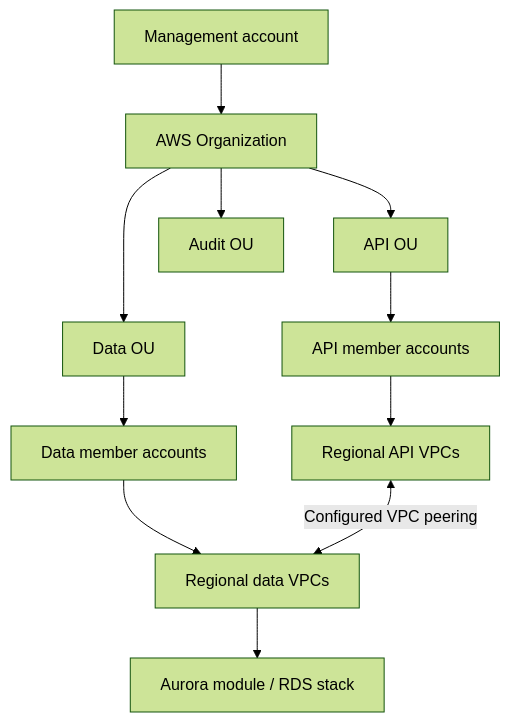
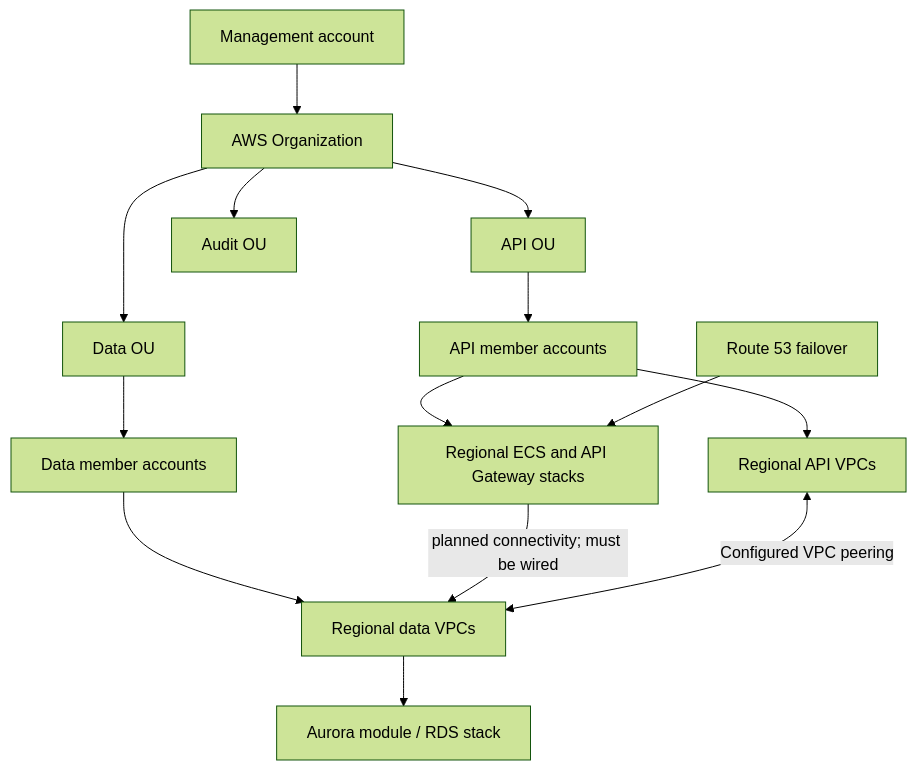
The first of 4 diagrams in aws/INFRASTRUCTURE.md (jalgraves/infrastructure-demo), drawn with Mermaid (forest theme) before and after one commit. The commit also changed other lines of this file and 19 other files, not shown here.

````diff
--- a/aws/INFRASTRUCTURE.md
+++ b/aws/INFRASTRUCTURE.md
@@ -15,18 +17,21 @@
 ```mermaid
 flowchart TD
   Management[Management account]
   Org[AWS Organization]
   API[API OU]
   Audit[Audit OU]
   Data[Data OU]
   Management --> Org
   Org --> API
   Org --> Audit
   Org --> Data
   API --> APIAccounts[API member accounts]
   Data --> DataAccounts[Data member accounts]
   APIAccounts --> APIVPCs[Regional API VPCs]
   DataAccounts --> DataVPCs[Regional data VPCs]
+  APIAccounts --> ECSStacks[Regional ECS and API Gateway stacks]
+  ECSStacks -->|planned connectivity; must be wired| DataVPCs
   APIVPCs <-->|Configured VPC peering| DataVPCs
+  DNS[Route 53 failover] --> ECSStacks
   DataVPCs --> Aurora[Aurora module / RDS stack]
 ```
````
